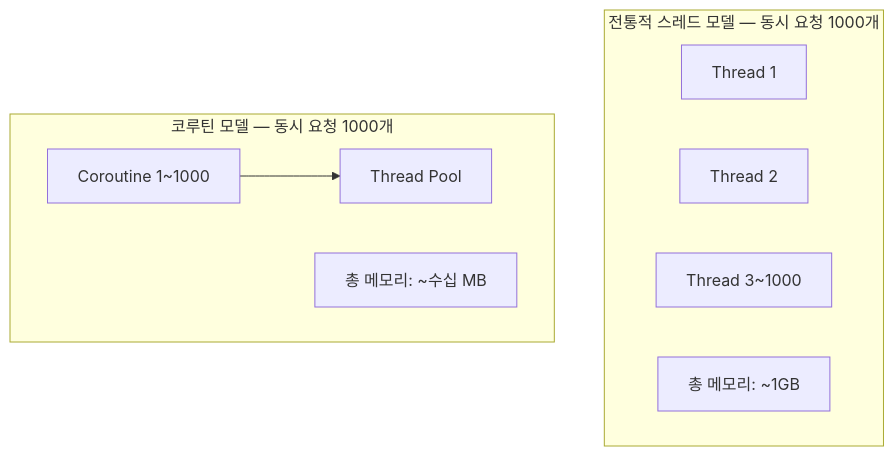
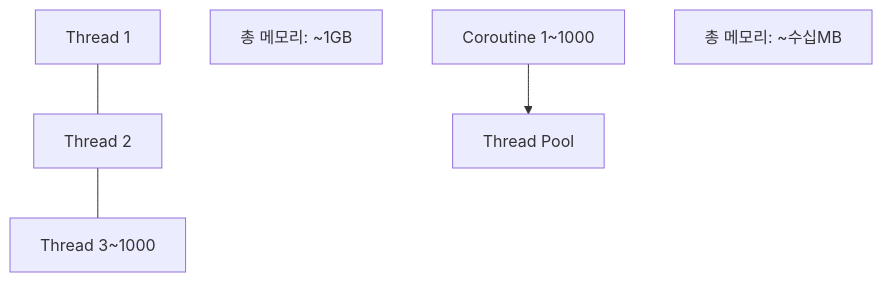
One commit to yjkim2015/yjkim2015.github.io changed the first of 4 diagrams in _posts/kotlin/2026-05-02-kotlin-coroutines.md. Above: the diagram before and after it, drawn with Mermaid. The commit also changed 155 other files, not shown here.

First line of the commit message:
Mermaid 전면 수정: subgraph 제거, participant/노드/줄수 축소 (342블록)

````diff
--- a/_posts/kotlin/2026-05-02-kotlin-coroutines.md
+++ b/_posts/kotlin/2026-05-02-kotlin-coroutines.md
@@ -24,15 +24,7 @@
 ```mermaid
 graph TD
-    subgraph "전통적 스레드 모델 — 동시 요청 1000개"
-        T1["Thread 1"]
-        T2["Thread 2"]
-        T3["Thread 3~1000"]
-        Mem1["총 메모리: ~1GB"]
-    end
-    subgraph "코루틴 모델 — 동시 요청 1000개"
-        C1["Coroutine 1~1000"]
-        Pool["Thread Pool"]
-        C1 --> Pool
-        Mem2["총 메모리: ~수십 MB"]
-    end
+    T1["Thread 1"] --- T2["Thread 2"] --- T3["Thread 3~1000"]
+    Mem1["총 메모리: ~1GB"]
+    C1["Coroutine 1~1000"] --> Pool["Thread Pool"]
+    Mem2["총 메모리: ~수십MB"]
 ```
````
